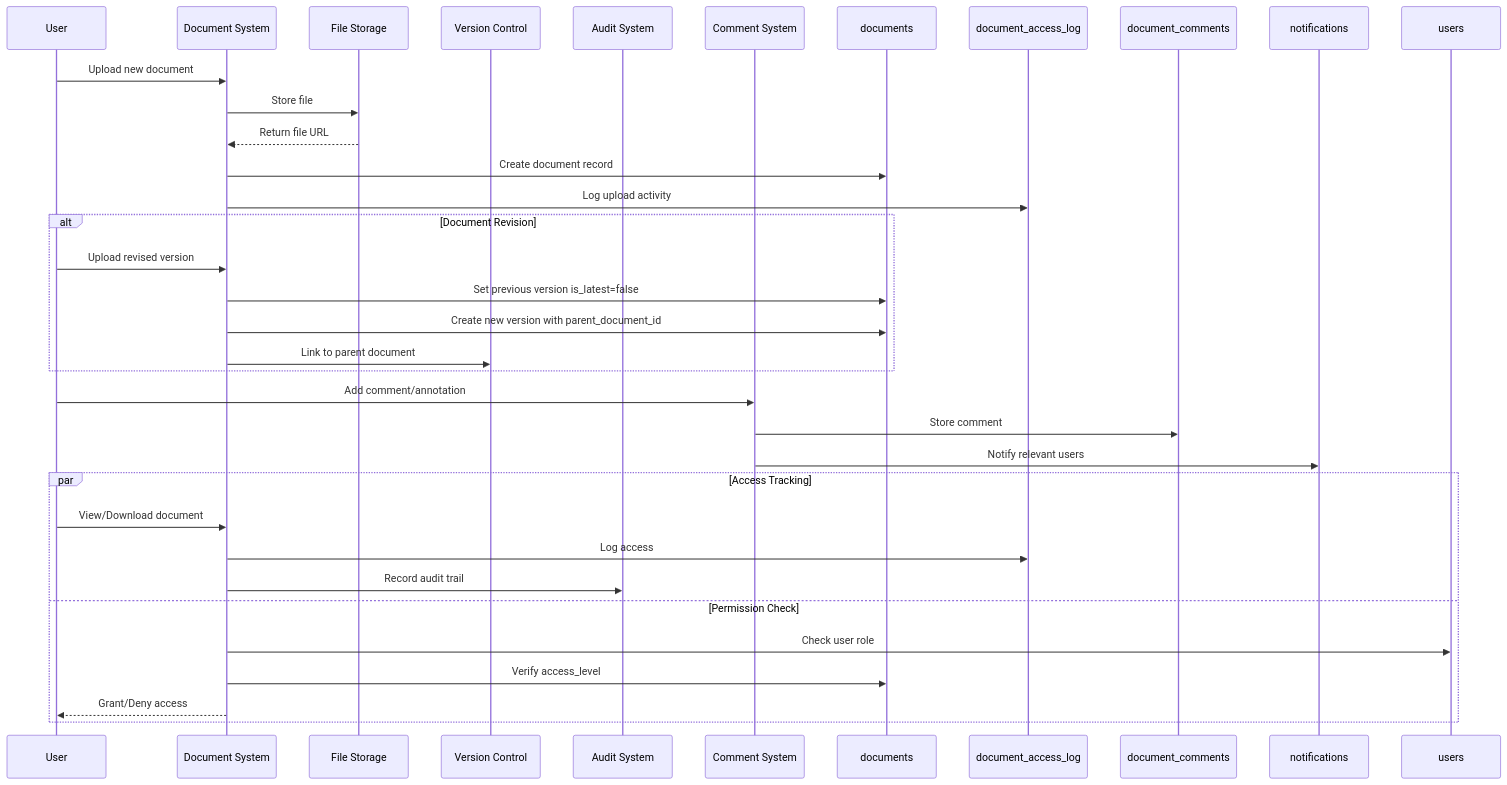
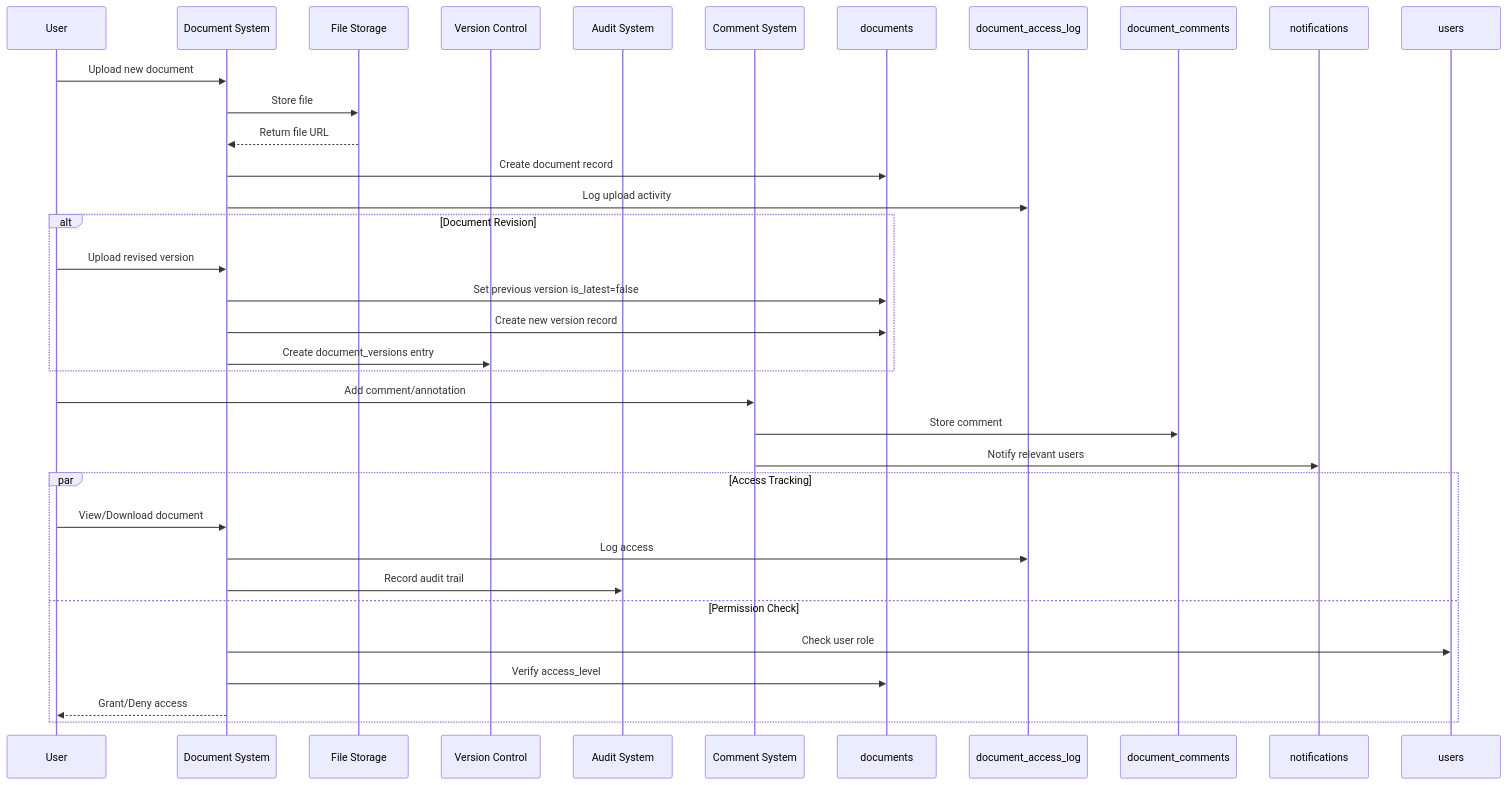
One commit to tongvtdan/apillis-mfg changed the fourth of 7 diagrams in docs/database-schema.md. Above: the diagram before and after it, drawn with Mermaid. The commit also changed other lines of this file and 3 other files, not shown here.

First line of the commit message:
feat(database): Comprehensive schema revision and improvements

````diff
--- a/docs/database-schema.md
+++ b/docs/database-schema.md
@@ -1323,36 +1362,36 @@
 ```mermaid
 sequenceDiagram
     participant U as User
     participant DOC as Document System
     participant STORE as File Storage
     participant VER as Version Control
     participant AUDIT as Audit System
     participant COMM as Comment System
 
     U->>DOC: Upload new document
     DOC->>STORE: Store file
     STORE-->>DOC: Return file URL
     DOC->>documents: Create document record
     DOC->>document_access_log: Log upload activity
     
     alt Document Revision
         U->>DOC: Upload revised version
         DOC->>documents: Set previous version is_latest=false
-        DOC->>documents: Create new version with parent_document_id
-        DOC->>VER: Link to parent document
+        DOC->>documents: Create new version record
+        DOC->>VER: Create document_versions entry
     end
     
     U->>COMM: Add comment/annotation
     COMM->>document_comments: Store comment
     COMM->>notifications: Notify relevant users
     
     par Access Tracking
         U->>DOC: View/Download document
         DOC->>document_access_log: Log access
         DOC->>AUDIT: Record audit trail
     and Permission Check
         DOC->>users: Check user role
         DOC->>documents: Verify access_level
         DOC-->>U: Grant/Deny access
     end
 ```
````
